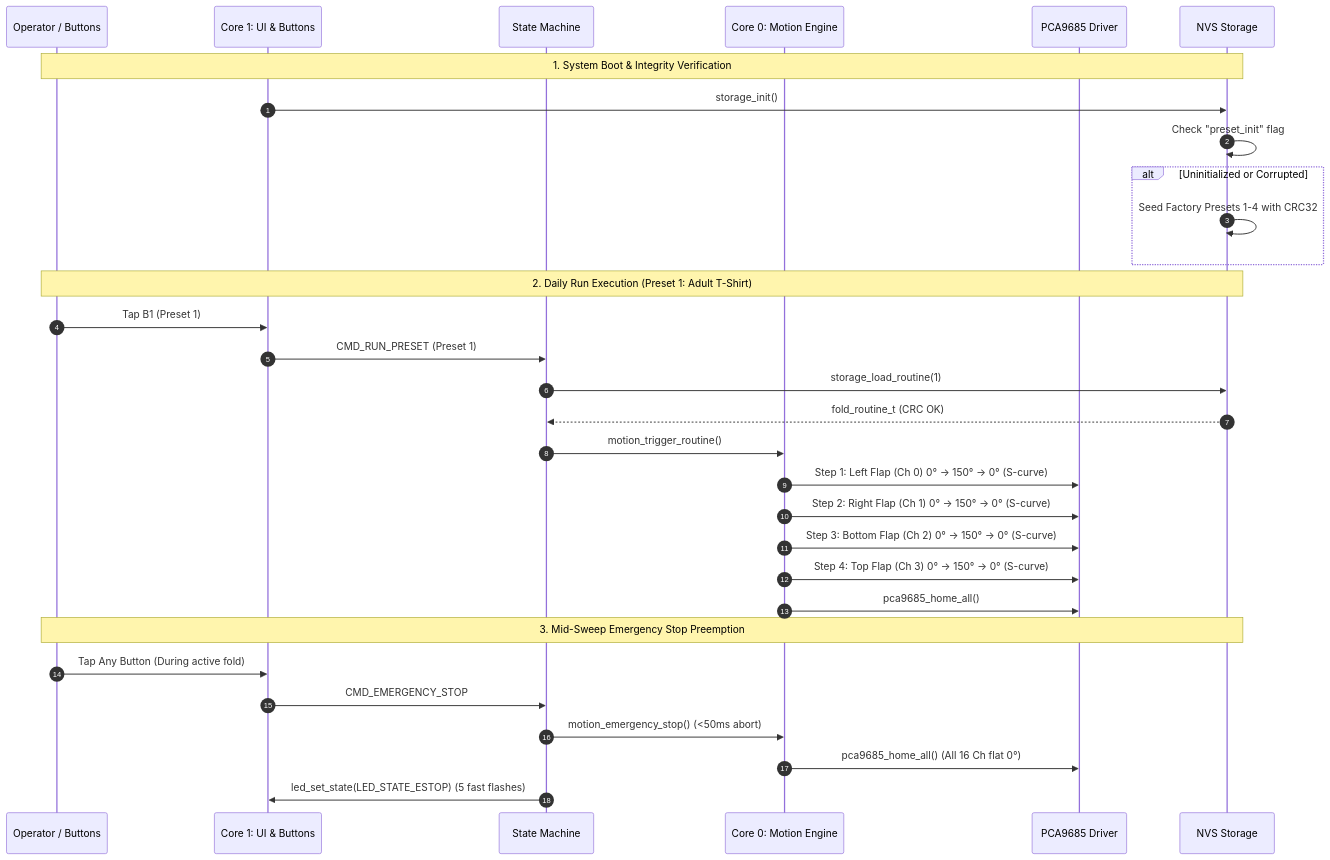
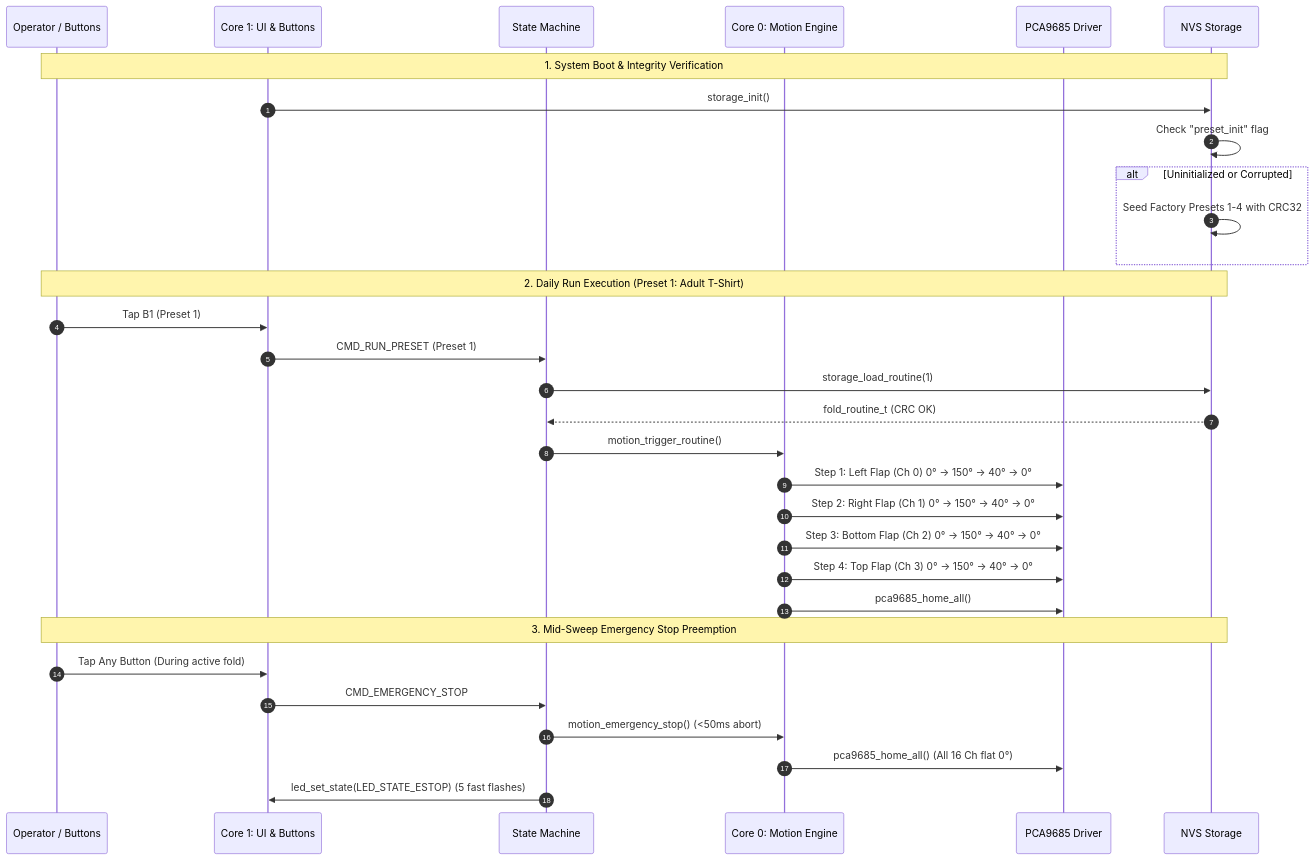
Before and after one commit to aiandrobotics/fabrica: the diagram in firmware/specs/2026-09-07-phase-7-system-validation-preset-library/requirements.md, drawn with Mermaid. The commit also changed other lines of this file and 55 other files, not shown here.

````diff
--- a/firmware/specs/2026-09-07-phase-7-system-validation-preset-library/requirements.md
+++ b/firmware/specs/2026-09-07-phase-7-system-validation-preset-library/requirements.md
@@ -82,36 +82,36 @@
 ```mermaid
 sequenceDiagram
     autonumber
     participant User as Operator / Buttons
     participant Core1 as Core 1: UI & Buttons
     participant SM as State Machine
     participant Core0 as Core 0: Motion Engine
     participant PCA as PCA9685 Driver
     participant NVS as NVS Storage
 
     Note over User,NVS: 1. System Boot & Integrity Verification
     Core1->>NVS: storage_init()
     NVS->>NVS: Check "preset_init" flag
     alt Uninitialized or Corrupted
         NVS->>NVS: Seed Factory Presets 1-4 with CRC32
     end
 
     Note over User,NVS: 2. Daily Run Execution (Preset 1: Adult T-Shirt)
     User->>Core1: Tap B1 (Preset 1)
     Core1->>SM: CMD_RUN_PRESET (Preset 1)
     SM->>NVS: storage_load_routine(1)
     NVS-->>SM: fold_routine_t (CRC OK)
     SM->>Core0: motion_trigger_routine()
-    Core0->>PCA: Step 1: Left Flap (Ch 0) 0° -> 150° -> 0° (S-curve)
-    Core0->>PCA: Step 2: Right Flap (Ch 1) 0° -> 150° -> 0° (S-curve)
-    Core0->>PCA: Step 3: Bottom Flap (Ch 2) 0° -> 150° -> 0° (S-curve)
-    Core0->>PCA: Step 4: Top Flap (Ch 3) 0° -> 150° -> 0° (S-curve)
+    Core0->>PCA: Step 1: Left Flap (Ch 0) 0° -> 150° -> 40° -> 0°
+    Core0->>PCA: Step 2: Right Flap (Ch 1) 0° -> 150° -> 40° -> 0°
+    Core0->>PCA: Step 3: Bottom Flap (Ch 2) 0° -> 150° -> 40° -> 0°
+    Core0->>PCA: Step 4: Top Flap (Ch 3) 0° -> 150° -> 40° -> 0°
     Core0->>PCA: pca9685_home_all()
 
     Note over User,NVS: 3. Mid-Sweep Emergency Stop Preemption
     User->>Core1: Tap Any Button (During active fold)
     Core1->>SM: CMD_EMERGENCY_STOP
     SM->>Core0: motion_emergency_stop() (<50ms abort)
     Core0->>PCA: pca9685_home_all() (All 16 Ch flat 0°)
     SM->>Core1: led_set_state(LED_STATE_ESTOP) (5 fast flashes)
 ```
````
